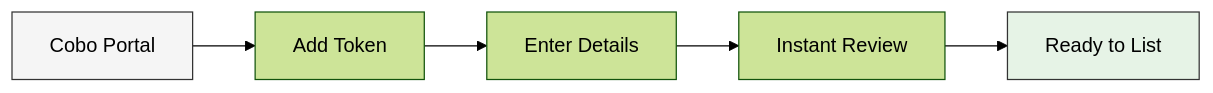
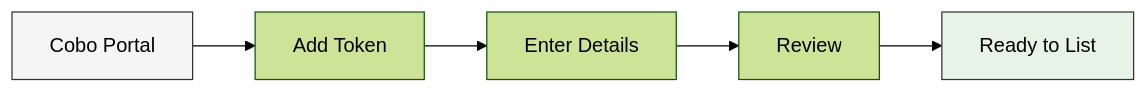
Before and after one commit to CoboGlobal/product-manual: the diagram in en/portal/self-service-token-listing.mdx, drawn with Mermaid (forest theme). The commit also changed other lines of this file and 2 other files, not shown here.

````diff
--- a/en/portal/self-service-token-listing.mdx
+++ b/en/portal/self-service-token-listing.mdx
@@ -16,9 +16,9 @@
 ```mermaid
 flowchart LR
     A[Cobo Portal] --> B[Add Token]
     B --> C[Enter Details]
-    C --> D[Instant Review]
+    C --> D[Review]
     D --> E[Ready to List]
     style A fill:#f5f5f5,stroke:#333
     style E fill:#e6f3e6,stroke:#333
 ```
````
